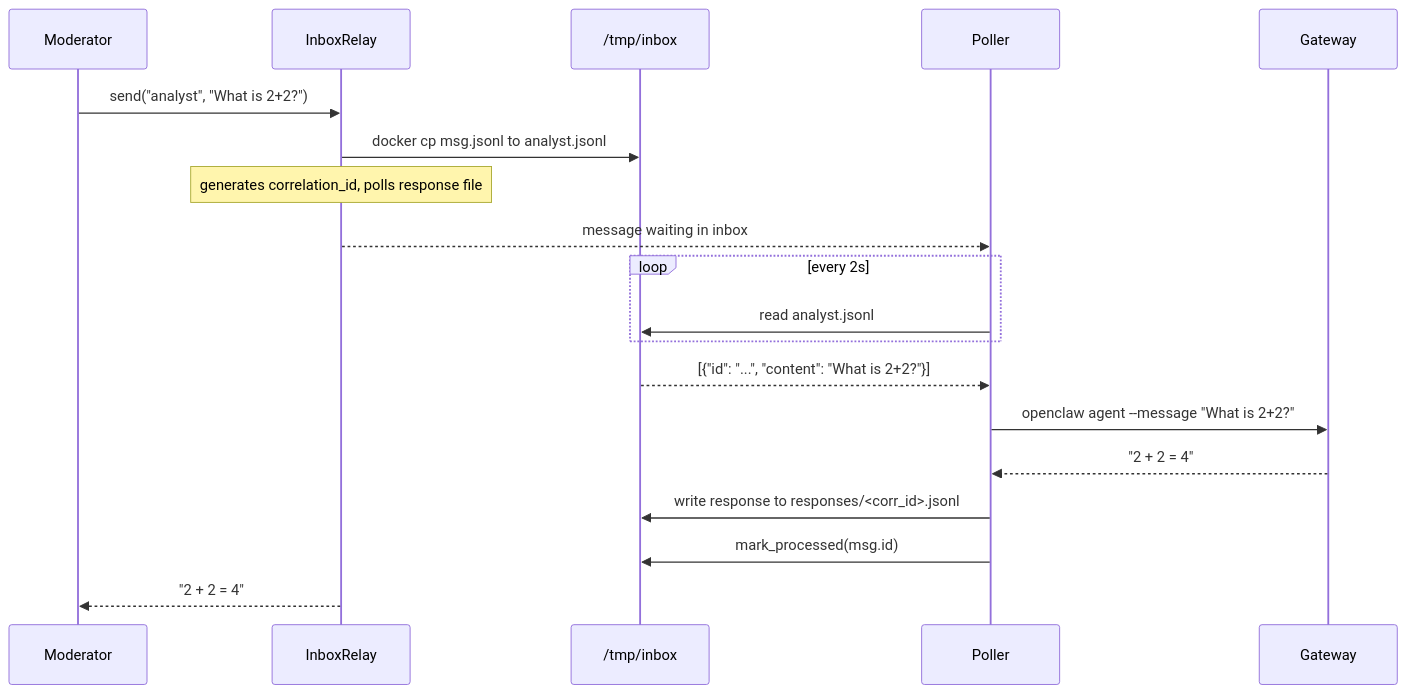
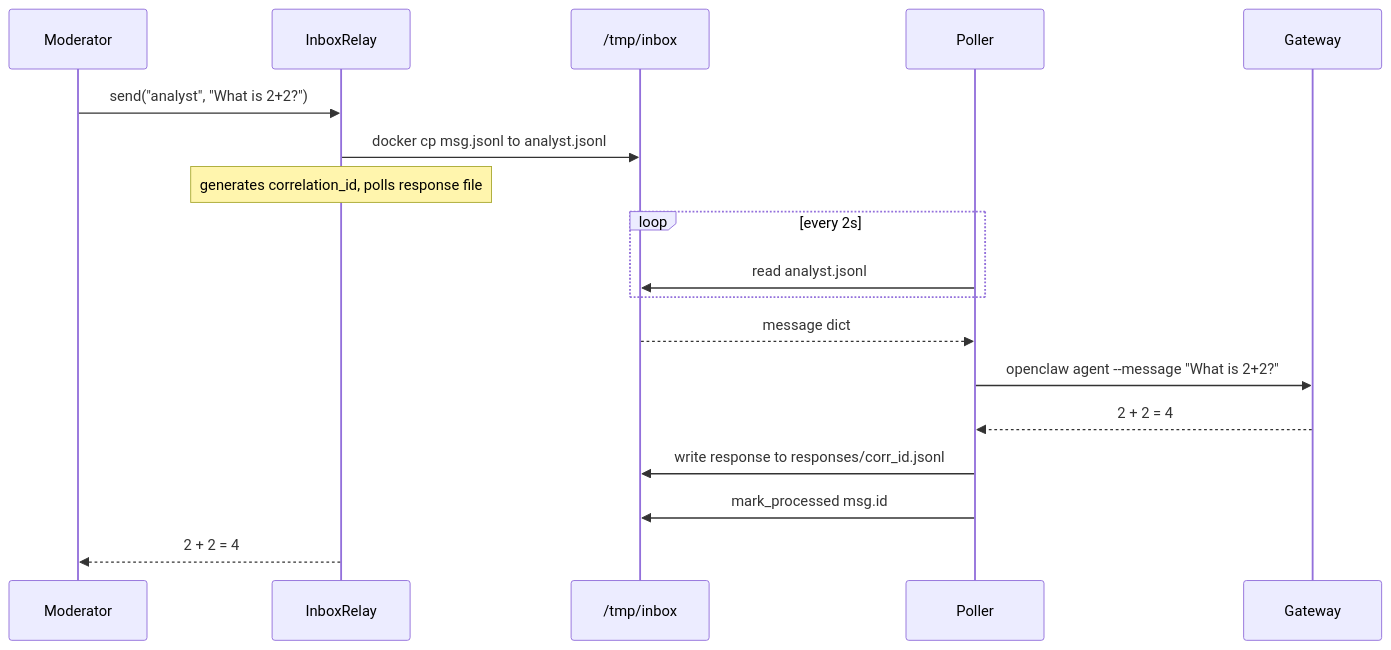
Before and after one commit to wangsen992/agentia: the second of 6 diagrams in specs/005_relay_inbox_diagrams.md, drawn with Mermaid. The commit also changed other lines of this file, not shown here.

Commit message:
Rewrite diagrams file cleanly — fix Mermaid fence collision

````diff
--- a/specs/005_relay_inbox_diagrams.md
+++ b/specs/005_relay_inbox_diagrams.md
@@ -35,22 +31,21 @@
 ```mermaid
 sequenceDiagram
     participant M as Moderator
     participant IR as InboxRelay
     participant FS as /tmp/inbox
     participant P as Poller
     participant G as Gateway
 
     M->>IR: send("analyst", "What is 2+2?")
     IR->>FS: docker cp msg.jsonl to analyst.jsonl
     Note over IR: generates correlation_id, polls response file
-    IR-->>P: message waiting in inbox
     loop every 2s
         P->>FS: read analyst.jsonl
     end
-    FS-->>P: [{"id": "...", "content": "What is 2+2?"}]
+    FS-->>P: message dict
     P->>G: openclaw agent --message "What is 2+2?"
-    G-->>P: "2 + 2 = 4"
-    P->>FS: write response to responses/<corr_id>.jsonl
-    P->>FS: mark_processed(msg.id)
-    IR-->>M: "2 + 2 = 4"
+    G-->>P: 2 + 2 = 4
+    P->>FS: write response to responses/corr_id.jsonl
+    P->>FS: mark_processed msg.id
+    IR-->>M: 2 + 2 = 4
 ```
````
